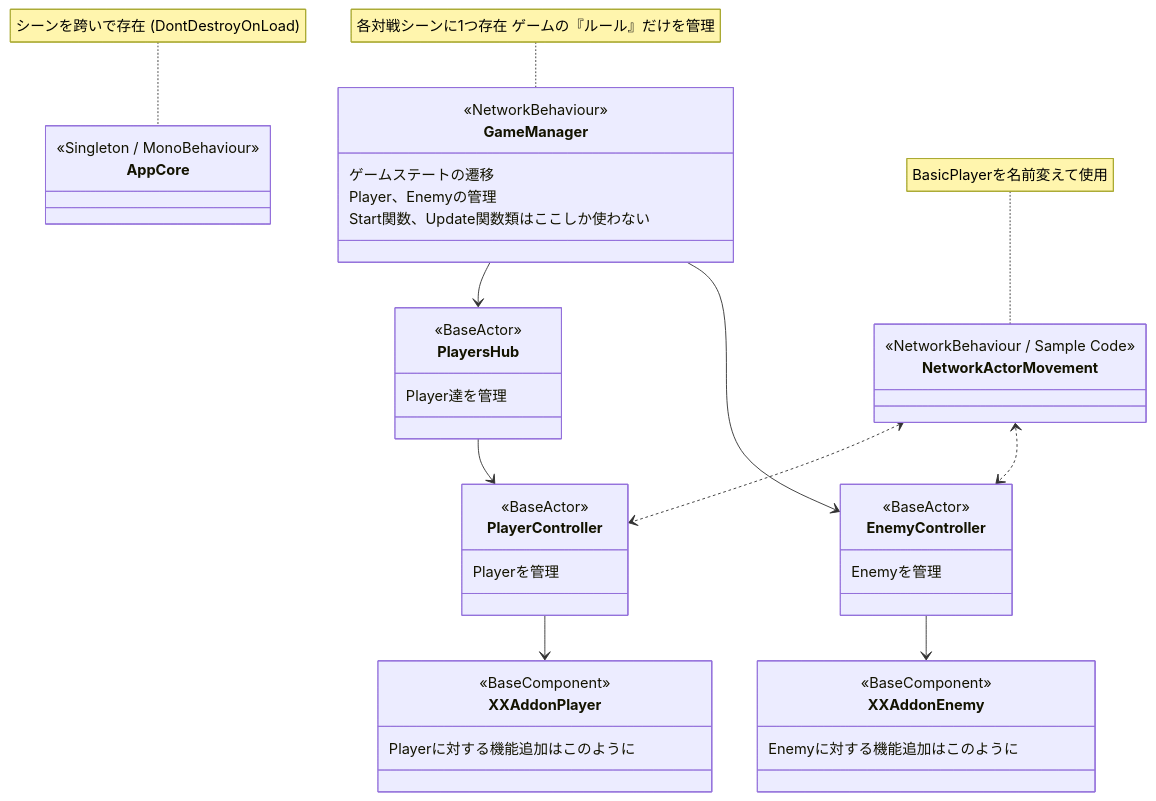
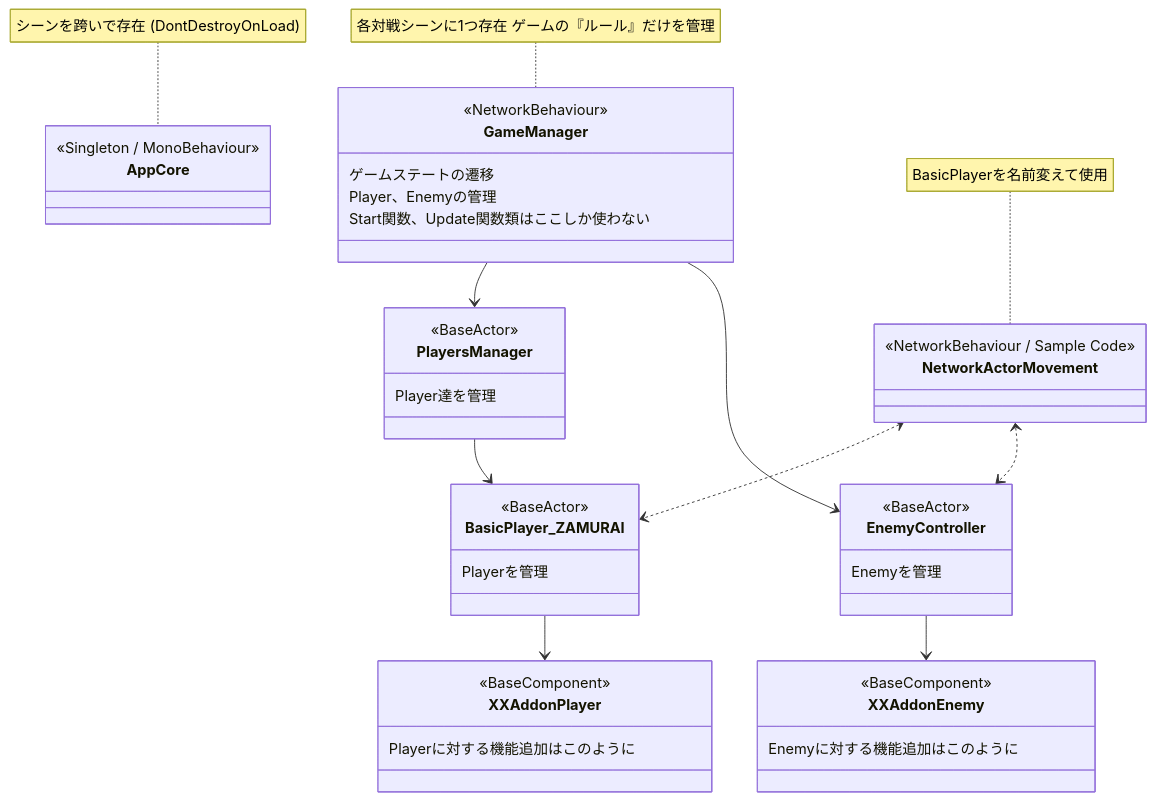
One commit to guriguri00451/ZAMURAI changed the second of 2 diagrams in ZAMURAI_mds/10_classes.md. Above: the diagram before and after it, drawn with Mermaid. The commit also changed 79 other files, not shown here.

````diff
--- a/ZAMURAI_mds/10_classes.md
+++ b/ZAMURAI_mds/10_classes.md
@@ -42,59 +42,59 @@
 ```mermaid
 classDiagram
     %% --- 1. アプリ全体の基盤 ---
     class AppCore {
         <<Singleton / MonoBehaviour>>
     }
     note for AppCore "シーンを跨いで存在 (DontDestroyOnLoad)"
 
     %% --- 2. ネットワーク・ゲームロジック (Sync) ---
     class GameManager {
         <<NetworkBehaviour>>
         ゲームステートの遷移
         Player、Enemyの管理
         Start関数、Update関数類はここしか使わない
     }
     note for GameManager "各対戦シーンに1つ存在 ゲームの『ルール』だけを管理"
     
     class NetworkActorMovement {
         <<NetworkBehaviour / Sample Code>>
     }
     note for NetworkActorMovement "BasicPlayerを名前変えて使用"
 
     %% --- 3. プレイヤー実体 (Sample Based) ---
-    class PlayersHub {
+    class PlayersManager {
         <<BaseActor>>
         Player達を管理
     }
     
-    class PlayerController {
+    class BasicPlayer_ZAMURAI {
         <<BaseActor>>
         Playerを管理
     }
     
     class XXAddonPlayer {
 	    <<BaseComponent>>
 	    Playerに対する機能追加はこのように
     }
     
     %% --- 4. Enemy実体 (Sample Based) ---
     class EnemyController {
         <<BaseActor>>
         Enemyを管理
     }
     
     class XXAddonEnemy {
 	    <<BaseComponent>>
 	    Enemyに対する機能追加はこのように
     }
     
     
     %% --- 参照 ---
-    GameManager --> PlayersHub
-    PlayersHub --> PlayerController
-    NetworkActorMovement <..> PlayerController
-    PlayerController --> XXAddonPlayer
+    GameManager --> PlayersManager
+    PlayersManager --> BasicPlayer_ZAMURAI
+    NetworkActorMovement <..> BasicPlayer_ZAMURAI
+    BasicPlayer_ZAMURAI  --> XXAddonPlayer
     GameManager --> EnemyController
     NetworkActorMovement <..> EnemyController
     EnemyController --> XXAddonEnemy
 ```
````
